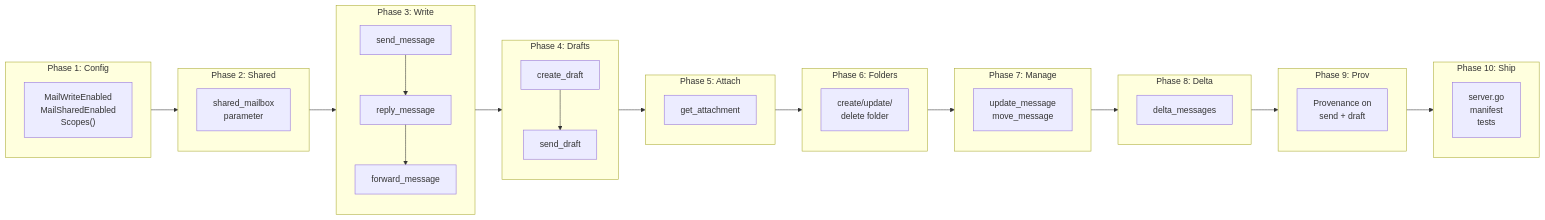
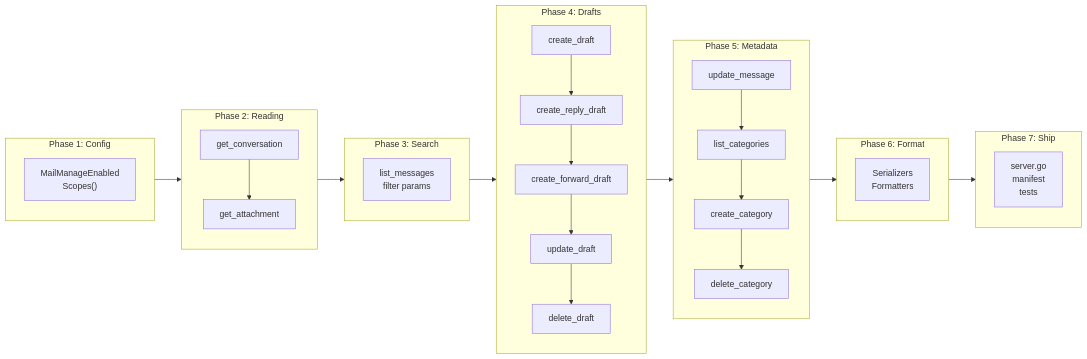
Before and after one commit to desek/outlook-local-mcp: the third of 3 diagrams in docs/cr/CR-0058-complete-mail-management.md, drawn with Mermaid. The commit also changed other lines of this file, not shown here.

First line of the commit message:
checkpoint(CR-0058): refactor mail CR to draft-centric workflow

````diff
--- a/docs/cr/CR-0058-complete-mail-management.md
+++ b/docs/cr/CR-0058-complete-mail-management.md
@@ -558,35 +585,30 @@
 ```mermaid
 flowchart LR
     subgraph P1["Phase 1: Config"]
-        A1["MailWriteEnabled\nMailSharedEnabled\nScopes()"]
+        A1["MailManageEnabled\nScopes()"]
     end
-    subgraph P2["Phase 2: Shared"]
-        B1["shared_mailbox\nparameter"]
+    subgraph P2["Phase 2: Reading"]
+        B1["get_conversation"] --> B2["get_attachment"]
     end
-    subgraph P3["Phase 3: Write"]
-        C1["send_message"] --> C2["reply_message"]
-        C2 --> C3["forward_message"]
+    subgraph P3["Phase 3: Search"]
+        C1["list_messages\nfilter params"]
     end
     subgraph P4["Phase 4: Drafts"]
-        D1["create_draft"] --> D2["send_draft"]
+        D1["create_draft"] --> D2["create_reply_draft"]
+        D2 --> D3["create_forward_draft"]
+        D3 --> D4["update_draft"]
+        D4 --> D5["delete_draft"]
     end
-    subgraph P5["Phase 5: Attach"]
-        E1["get_attachment"]
+    subgraph P5["Phase 5: Metadata"]
+        E1["update_message"] --> E2["list_categories"]
+        E2 --> E3["create_category"]
+        E3 --> E4["delete_category"]
     end
-    subgraph P6["Phase 6: Folders"]
-        F1["create/update/\ndelete folder"]
+    subgraph P6["Phase 6: Format"]
+        F1["Serializers\nFormatters"]
     end
-    subgraph P7["Phase 7: Manage"]
-        G1["update_message\nmove_message"]
+    subgraph P7["Phase 7: Ship"]
+        G1["server.go\nmanifest\ntests"]
     end
-    subgraph P8["Phase 8: Delta"]
-        H1["delta_messages"]
-    end
-    subgraph P9["Phase 9: Prov"]
-        I1["Provenance on\nsend + draft"]
-    end
-    subgraph P10["Phase 10: Ship"]
-        J1["server.go\nmanifest\ntests"]
-    end
-    P1 --> P2 --> P3 --> P4 --> P5 --> P6 --> P7 --> P8 --> P9 --> P10
+    P1 --> P2 --> P3 --> P4 --> P5 --> P6 --> P7
 ```
````
